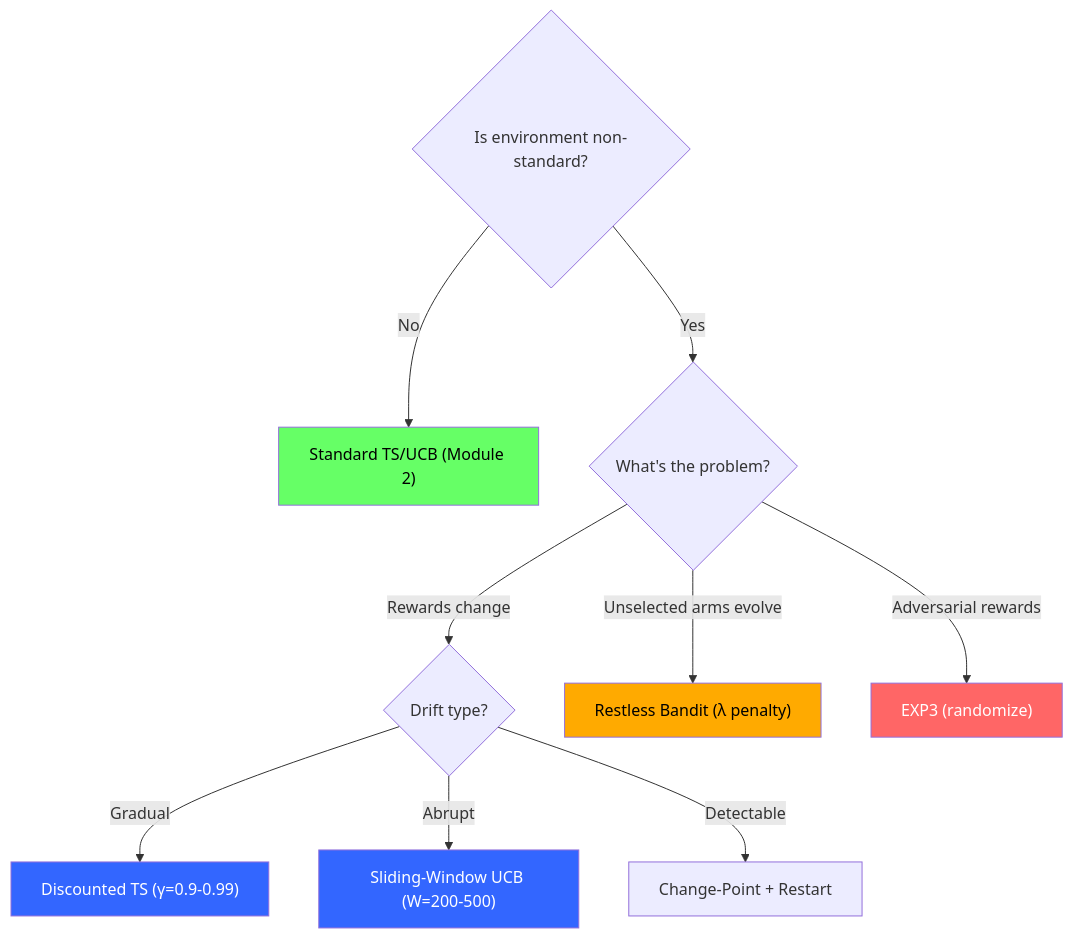
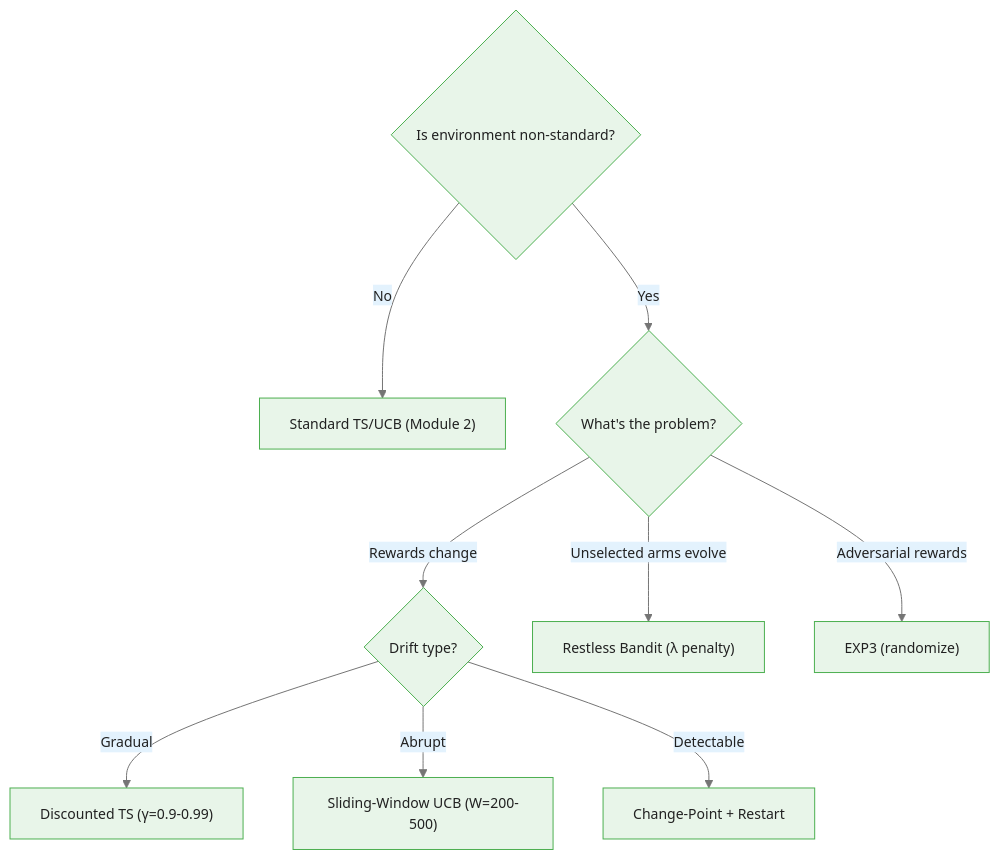
One commit to m-deane/course-creator changed the first of 3 diagrams in courses/multi-armed-bandits-ab-testing/modules/module_06_advanced_topics/guides/cheatsheet_slides.md. Above: the diagram before and after it, drawn with Mermaid. The commit also changed other lines of this file and 146 other files, not shown here.

````diff
--- a/courses/multi-armed-bandits-ab-testing/modules/module_06_advanced_topics/guides/cheatsheet_slides.md
+++ b/courses/multi-armed-bandits-ab-testing/modules/module_06_advanced_topics/guides/cheatsheet_slides.md
@@ -20,20 +20,15 @@
 ```mermaid
+%%{init: {"theme": "base", "themeVariables": {"primaryColor": "#e8f5e9", "primaryBorderColor": "#4caf50", "primaryTextColor": "#212121", "secondaryColor": "#e3f2fd", "tertiaryColor": "#fff8e1", "lineColor": "#757575", "fontFamily": "Inter, sans-serif", "fontSize": "14px"}}}%%
 flowchart TD
     Start{"Is environment non-standard?"}
     Start -->|No| Standard["Standard TS/UCB (Module 2)"]
     Start -->|Yes| What{"What's the problem?"}
 
     What -->|"Rewards change"| NS{"Drift type?"}
     NS -->|Gradual| DTS["Discounted TS (γ=0.9-0.99)"]
     NS -->|Abrupt| SWUCB["Sliding-Window UCB (W=200-500)"]
     NS -->|Detectable| CPD["Change-Point + Restart"]
 
     What -->|"Unselected arms evolve"| Rest["Restless Bandit (λ penalty)"]
     What -->|"Adversarial rewards"| Adv["EXP3 (randomize)"]
-
-    style Standard fill:#6f6,color:#000
-    style DTS fill:#36f,color:#fff
-    style SWUCB fill:#36f,color:#fff
-    style Rest fill:#fa0,color:#000
-    style Adv fill:#f66,color:#fff
 ```
````
